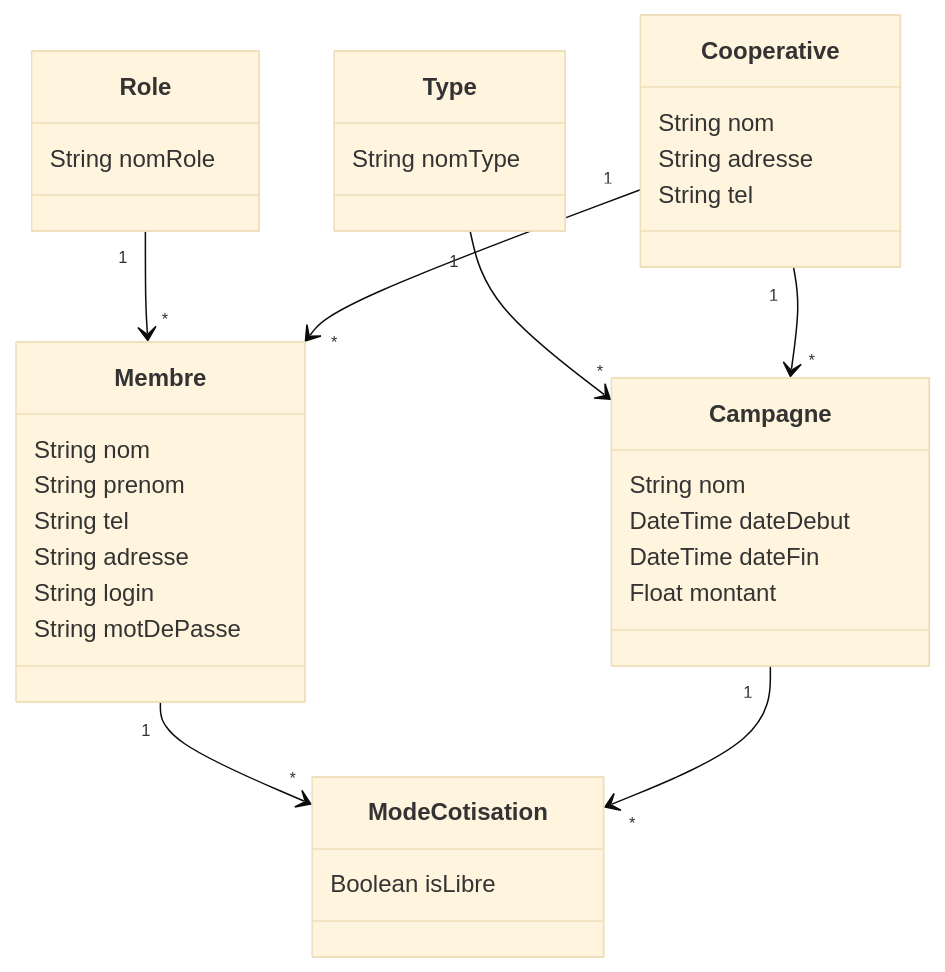
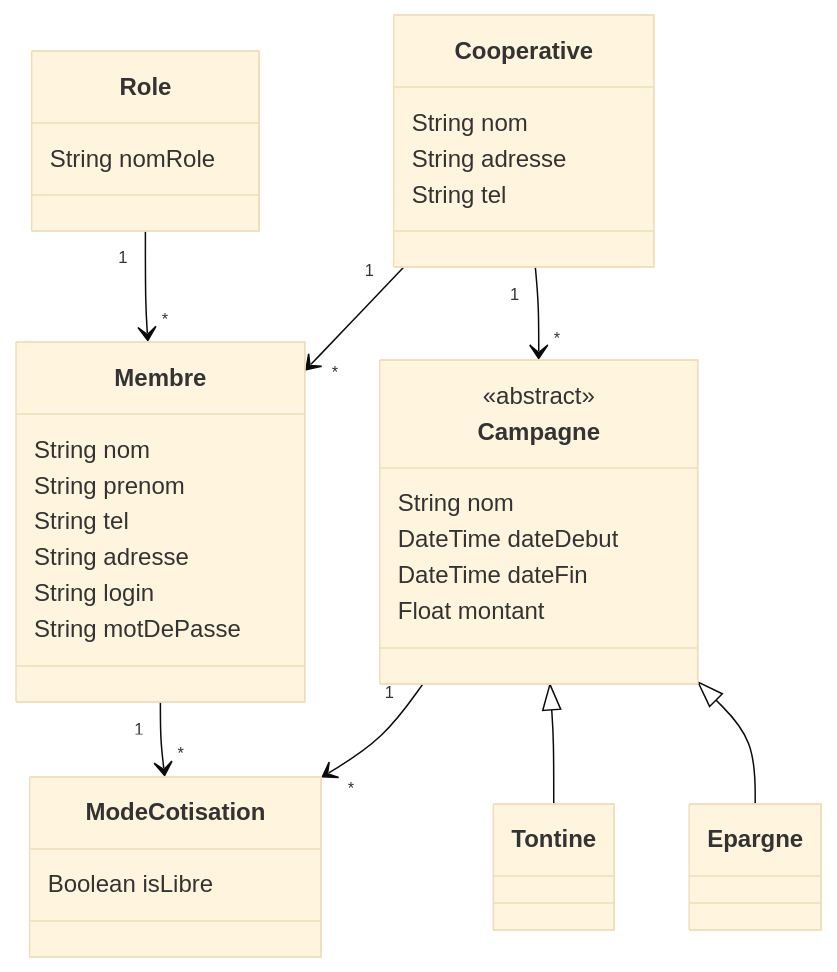
Before and after one commit to eyram-jos/gestion-prets: the diagram in docs/modelisation.md, drawn with Mermaid (base theme). The commit also changed other lines of this file, not shown here.

First line of the commit message:
refactor(modelisation): remplacement de la classe Type par l'heritage de Campagne

````diff
--- a/docs/modelisation.md
+++ b/docs/modelisation.md
@@ -7,38 +7,39 @@
 ```mermaid
 classDiagram
     class Role {
         String nomRole
     }
     class Membre {
         String nom
         String prenom
         String tel
         String adresse
         String login
         String motDePasse
     }
     class Campagne {
+        <<abstract>>
         String nom
         DateTime dateDebut
         DateTime dateFin
         Float montant
     }
-    class Type {
-        String nomType
-    }
+    class Tontine
+    class Epargne
     class ModeCotisation {
         Boolean isLibre
     }
     class Cooperative {
         String nom
         String adresse
         String tel
     }
 
+    Campagne <|-- Tontine
+    Campagne <|-- Epargne
     Role "1" --> "*" Membre
-    Type "1" --> "*" Campagne
     Membre "1" --> "*" ModeCotisation
     Campagne "1" --> "*" ModeCotisation
     Cooperative "1" --> "*" Campagne
     Cooperative "1" --> "*" Membre
 ```
````
